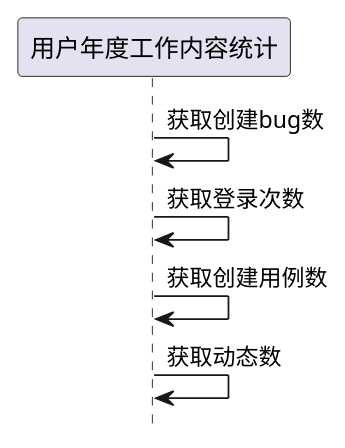
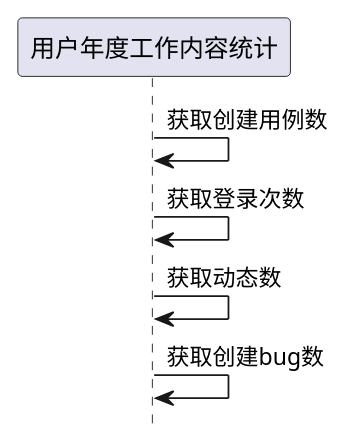
The fourth of 5 diagrams in ibizpms-docs/src/main/doc/v1/module/ibiz/UserYearWorkStats_old.md (zj335841911/nt_chandao), drawn with PlantUML before and after one commit. The commit also changed other lines of this file and 2125 other files, not shown here.

```diff
--- a/ibizpms-docs/src/main/doc/v1/module/ibiz/UserYearWorkStats_old.md
+++ b/ibizpms-docs/src/main/doc/v1/module/ibiz/UserYearWorkStats_old.md
@@ -206,8 +206,8 @@
 {% plantuml %}
 hide footbox
 
+用户年度工作内容统计 -> 用户年度工作内容统计: 获取创建用例数
+用户年度工作内容统计 -> 用户年度工作内容统计: 获取登录次数
+用户年度工作内容统计 -> 用户年度工作内容统计: 获取动态数
 用户年度工作内容统计 -> 用户年度工作内容统计: 获取创建bug数
-用户年度工作内容统计 -> 用户年度工作内容统计: 获取登录次数
-用户年度工作内容统计 -> 用户年度工作内容统计: 获取创建用例数
-用户年度工作内容统计 -> 用户年度工作内容统计: 获取动态数
 {% endplantuml %}
```
